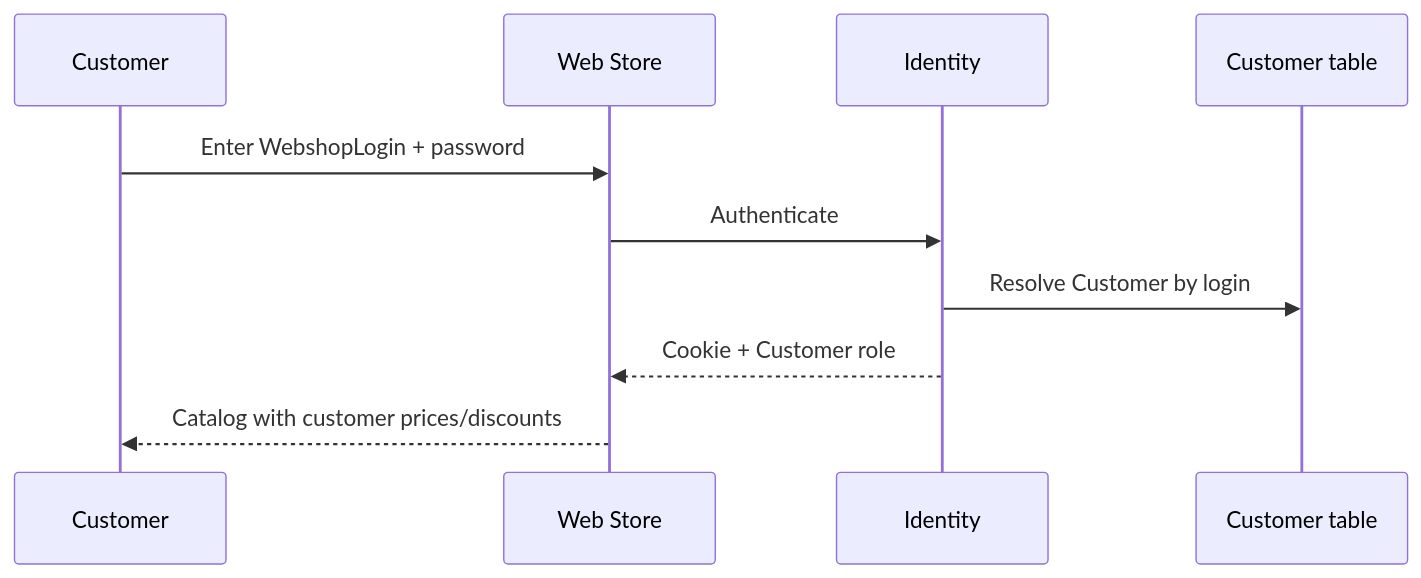
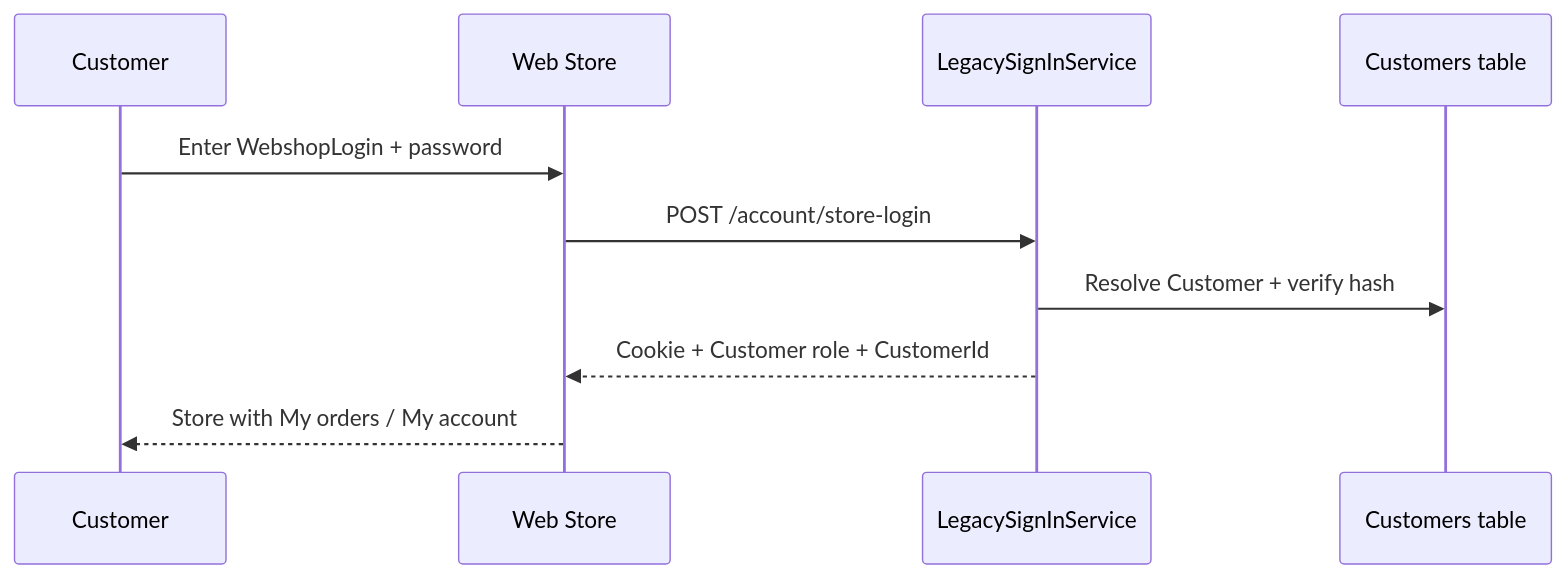
The first of 2 diagrams in readme/SPEC_WEB_STORE.md (adminsense/WebShopABMATIC), drawn with Mermaid before and after one commit. The commit also changed other lines of this file and 2 other files, not shown here.

Commit message:
my orders screen

````diff
--- a/readme/SPEC_WEB_STORE.md
+++ b/readme/SPEC_WEB_STORE.md
@@ -122,13 +118,13 @@
 ```mermaid
 sequenceDiagram
   participant C as Customer
   participant S as Web Store
-  participant I as Identity
-  participant DB as Customer table
+  participant L as LegacySignInService
+  participant DB as Customers table
 
   C->>S: Enter WebshopLogin + password
-  S->>I: Authenticate
-  I->>DB: Resolve Customer by login
-  I-->>S: Cookie + Customer role
-  S-->>C: Catalog with customer prices/discounts
+  S->>L: POST /account/store-login
+  L->>DB: Resolve Customer + verify hash
+  L-->>S: Cookie + Customer role + CustomerId
+  S-->>C: Store with My orders / My account
 ```
````
